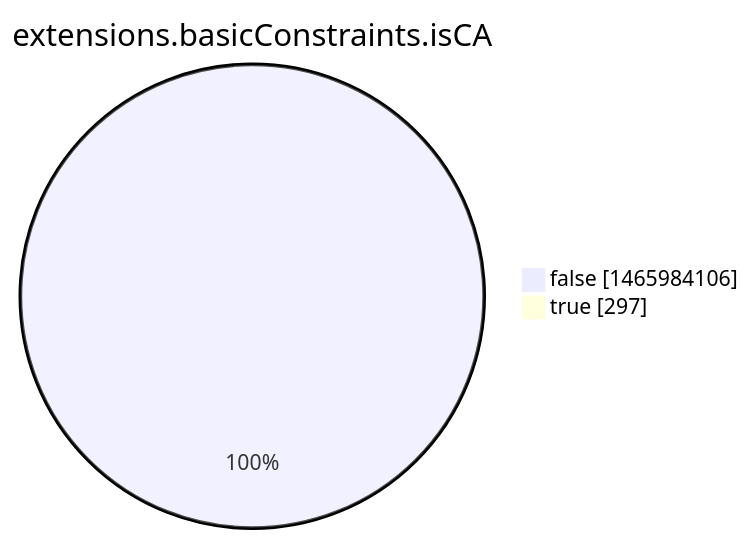
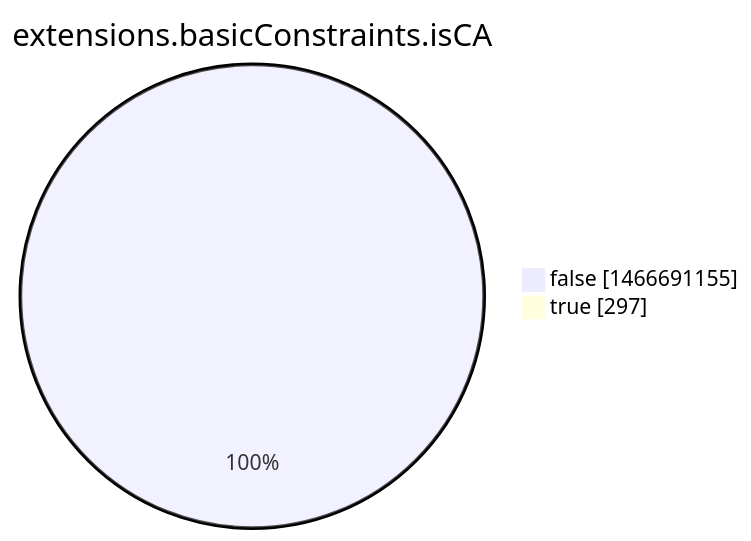
One commit to christiankrug/ctmonitor_visualization changed the eighth of 15 diagrams in argon2022/README.md. Above: the diagram before and after it, drawn with Mermaid. The commit also changed other lines of this file, not shown here.

````diff
--- a/argon2022/README.md
+++ b/argon2022/README.md
@@ -2760,6 +2760,6 @@
 ```mermaid
 pie showData
 title extensions.basicConstraints.isCA
-"false" :1465984106
+"false" :1466691155
 "true" :297
 ```
````
